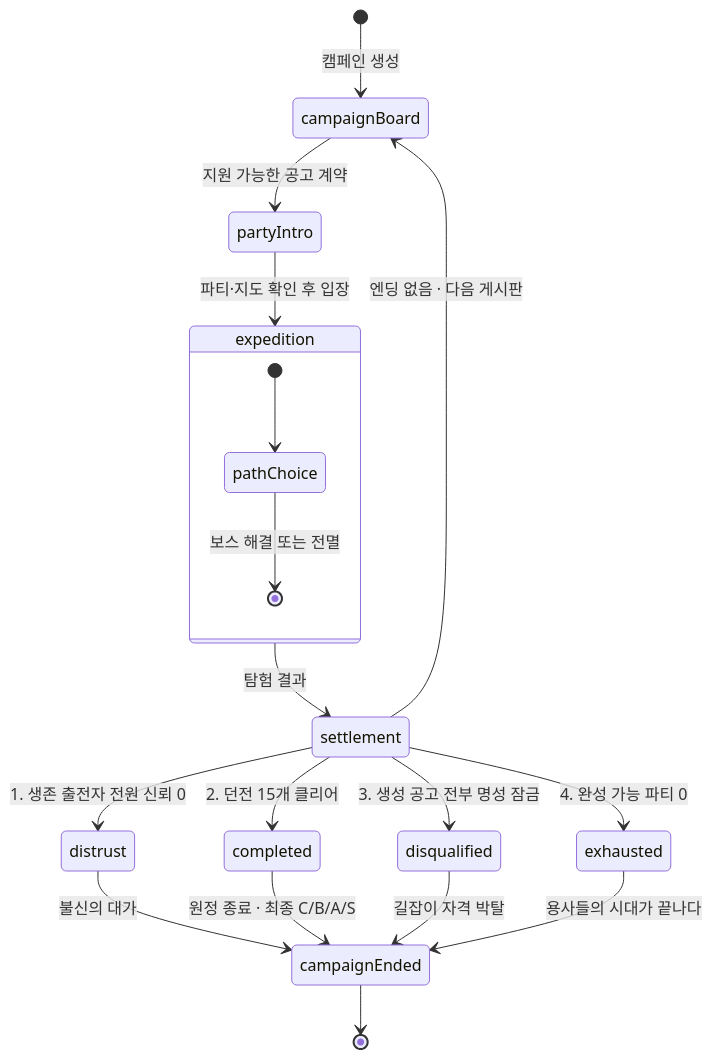
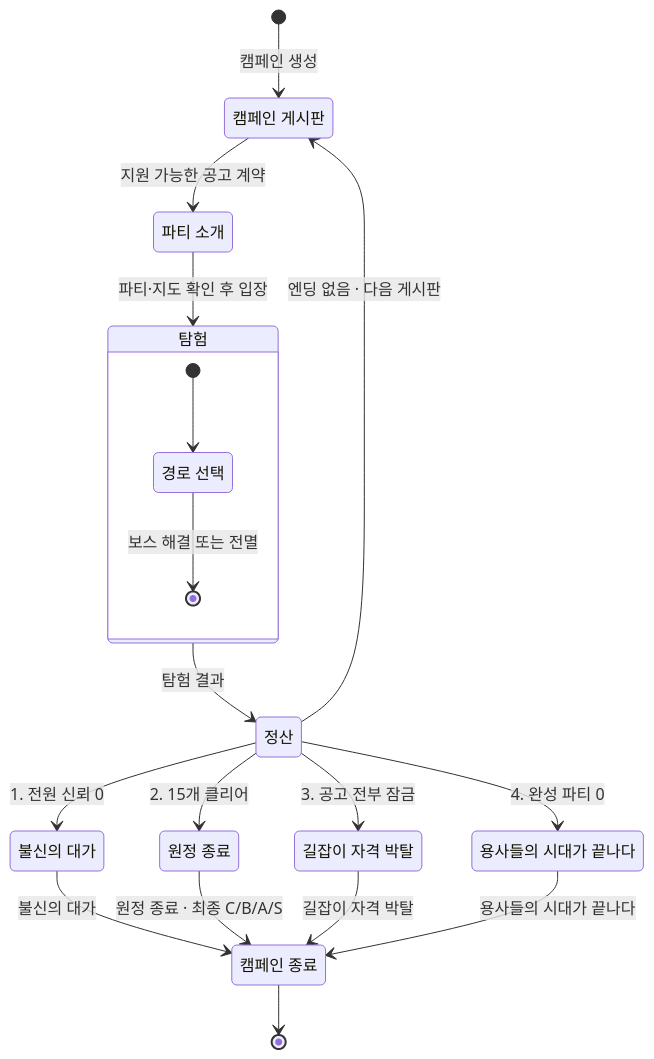
The diagram in docs/diagram/campaign-state.md (LatteBun/Dungeon_Schemer), drawn with Mermaid before and after one commit. The commit also changed other lines of this file and 9 other files, not shown here.

First line of the commit message:
문서: 게임 흐름 다이어그램을 이미지로 렌더링한다

````diff
--- a/docs/diagram/campaign-state.md
+++ b/docs/diagram/campaign-state.md
@@ -10,21 +10,30 @@
 ```mermaid
 stateDiagram-v2
+    state "캠페인 게시판" as campaignBoard
+    state "파티 소개" as partyIntro
+    state "정산" as settlement
+    state "불신의 대가" as distrust
+    state "원정 종료" as completed
+    state "길잡이 자격 박탈" as disqualified
+    state "용사들의 시대가 끝나다" as exhausted
+    state "캠페인 종료" as campaignEnded
     [*] --> campaignBoard: 캠페인 생성
     campaignBoard --> partyIntro: 지원 가능한 공고 계약
     partyIntro --> expedition: 파티·지도 확인 후 입장
-    state expedition {
+    state "탐험" as expedition {
+        state "경로 선택" as pathChoice
         [*] --> pathChoice
         pathChoice --> [*]: 보스 해결 또는 전멸
     }
     expedition --> settlement: 탐험 결과
-    settlement --> distrust: 1. 생존 출전자 전원 신뢰 0
-    settlement --> completed: 2. 던전 15개 클리어
-    settlement --> disqualified: 3. 생성 공고 전부 명성 잠금
-    settlement --> exhausted: 4. 완성 가능 파티 0
+    settlement --> distrust: 1. 전원 신뢰 0
+    settlement --> completed: 2. 15개 클리어
+    settlement --> disqualified: 3. 공고 전부 잠금
+    settlement --> exhausted: 4. 완성 파티 0
     settlement --> campaignBoard: 엔딩 없음 · 다음 게시판
     distrust --> campaignEnded: 불신의 대가
     completed --> campaignEnded: 원정 종료 · 최종 C/B/A/S
     disqualified --> campaignEnded: 길잡이 자격 박탈
     exhausted --> campaignEnded: 용사들의 시대가 끝나다
     campaignEnded --> [*]
 ```
````
